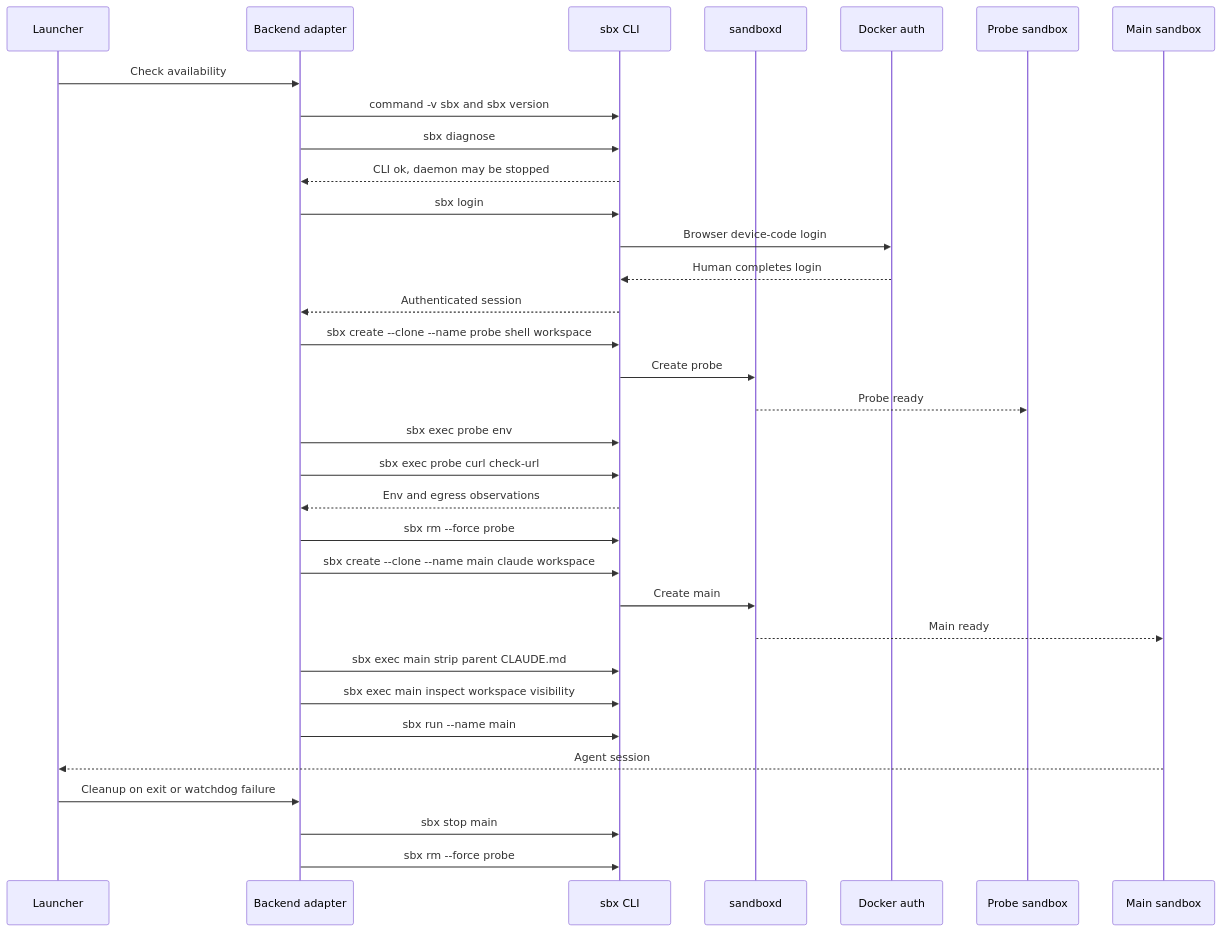
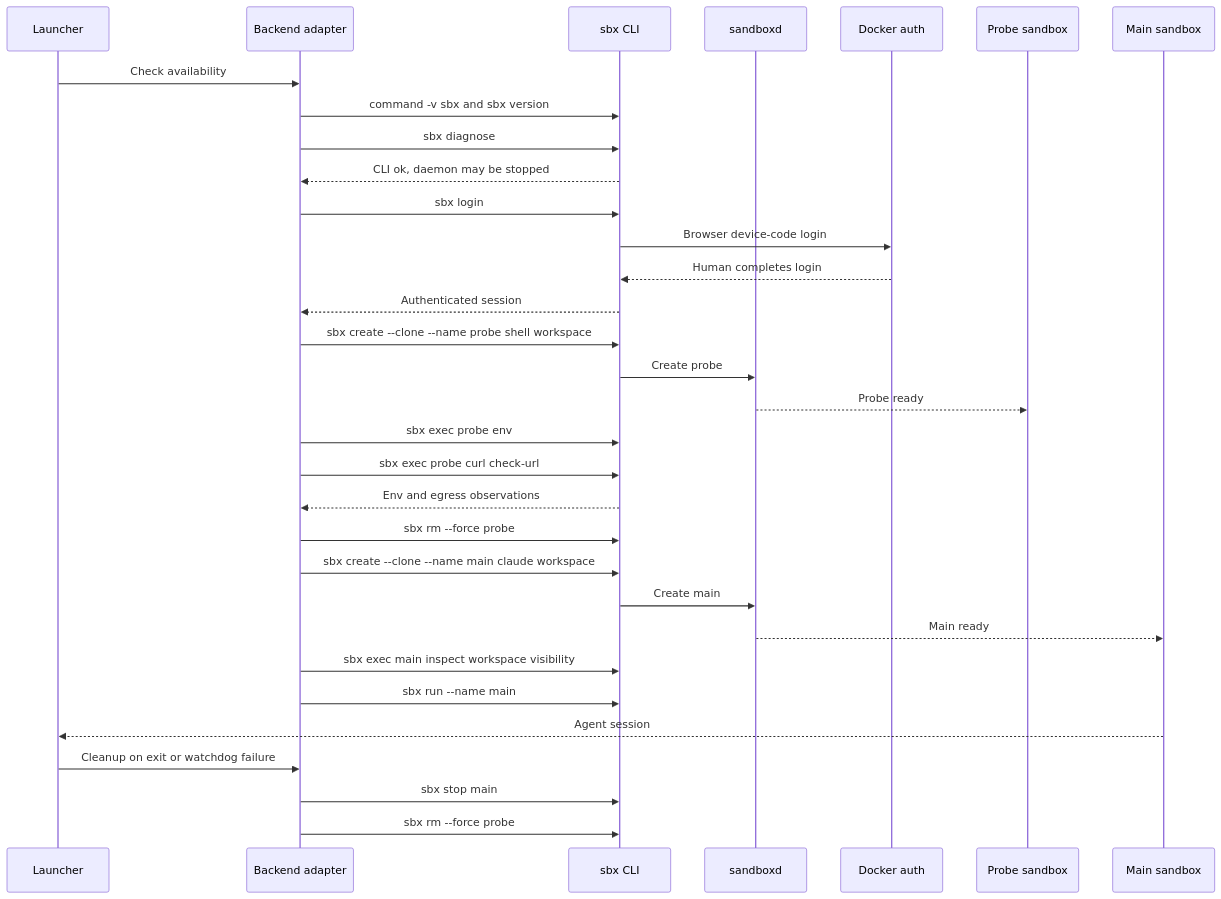
The fifth of 6 diagrams in docs/docker-sandbox-backend.md (liu-qingyuan/safe-claude-sbx), drawn with Mermaid before and after one commit. The commit also changed other lines of this file and 6 other files, not shown here.

````diff
--- a/docs/docker-sandbox-backend.md
+++ b/docs/docker-sandbox-backend.md
@@ -735,36 +733,35 @@
 ```mermaid
 sequenceDiagram
     participant L as Launcher
     participant B as Backend adapter
     participant S as sbx CLI
     participant D as sandboxd
     participant A as Docker auth
     participant P as Probe sandbox
     participant M as Main sandbox
 
     L->>B: Check availability
     B->>S: command -v sbx and sbx version
     B->>S: sbx diagnose
     S-->>B: CLI ok, daemon may be stopped
     B->>S: sbx login
     S->>A: Browser device-code login
     A-->>S: Human completes login
     S-->>B: Authenticated session
     B->>S: sbx create --clone --name probe shell workspace
     S->>D: Create probe
     D-->>P: Probe ready
     B->>S: sbx exec probe env
     B->>S: sbx exec probe curl check-url
     S-->>B: Env and egress observations
     B->>S: sbx rm --force probe
     B->>S: sbx create --clone --name main claude workspace
     S->>D: Create main
     D-->>M: Main ready
-    B->>S: sbx exec main strip parent CLAUDE.md
     B->>S: sbx exec main inspect workspace visibility
     B->>S: sbx run --name main
     M-->>L: Agent session
     L->>B: Cleanup on exit or watchdog failure
     B->>S: sbx stop main
     B->>S: sbx rm --force probe
 ```
````
